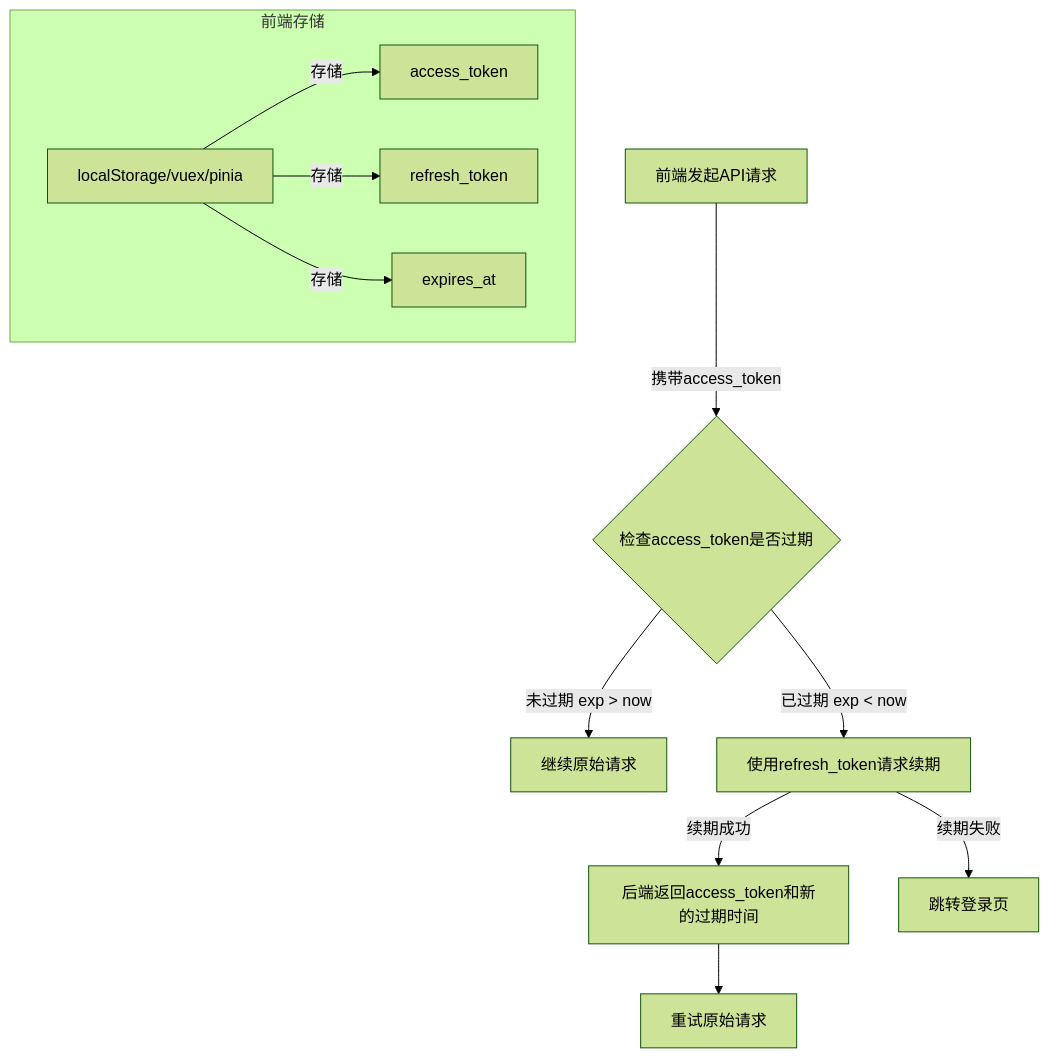
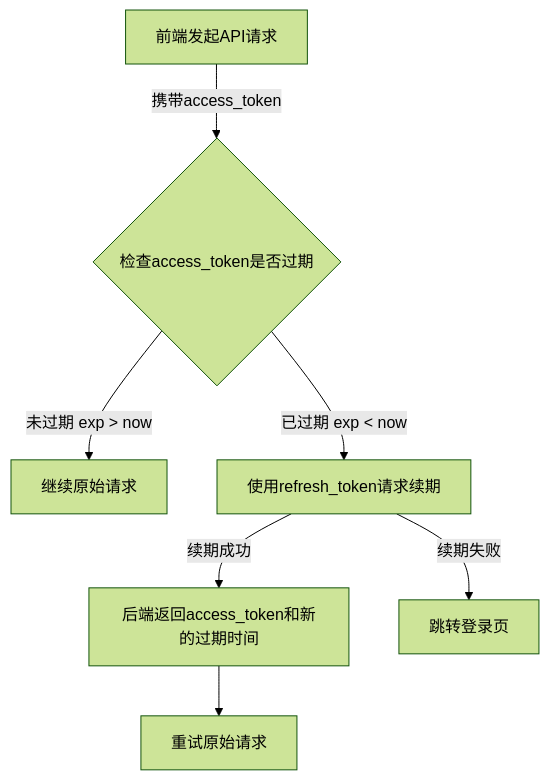
The diagram in all/未命名-16.md (yingjianzh/iodraw-files), drawn with Mermaid (forest theme) before and after one commit.

Commit message:
2025-01-08 14:27:13 update

````diff
--- a/all/未命名-16.md
+++ b/all/未命名-16.md
@@ -1,16 +1,10 @@
 ```mermaid
 flowchart TD
     A[前端发起API请求] -->|携带access_token| B{检查access_token是否过期}
     B -->|未过期 exp > now| C[继续原始请求]
     B -->|已过期 exp < now| D[使用refresh_token请求续期]
     D -->|续期成功| E[后端返回access_token和新的过期时间]
     D -->|续期失败| F[跳转登录页]
     E --> G[重试原始请求]
-    
-    subgraph 前端存储
-        H[localStorage/vuex/pinia]
-        H -->|存储| I[access_token]
-        H -->|存储| J[refresh_token]
-        H -->|存储| K[expires_at]
-    end
+
 ```
````
